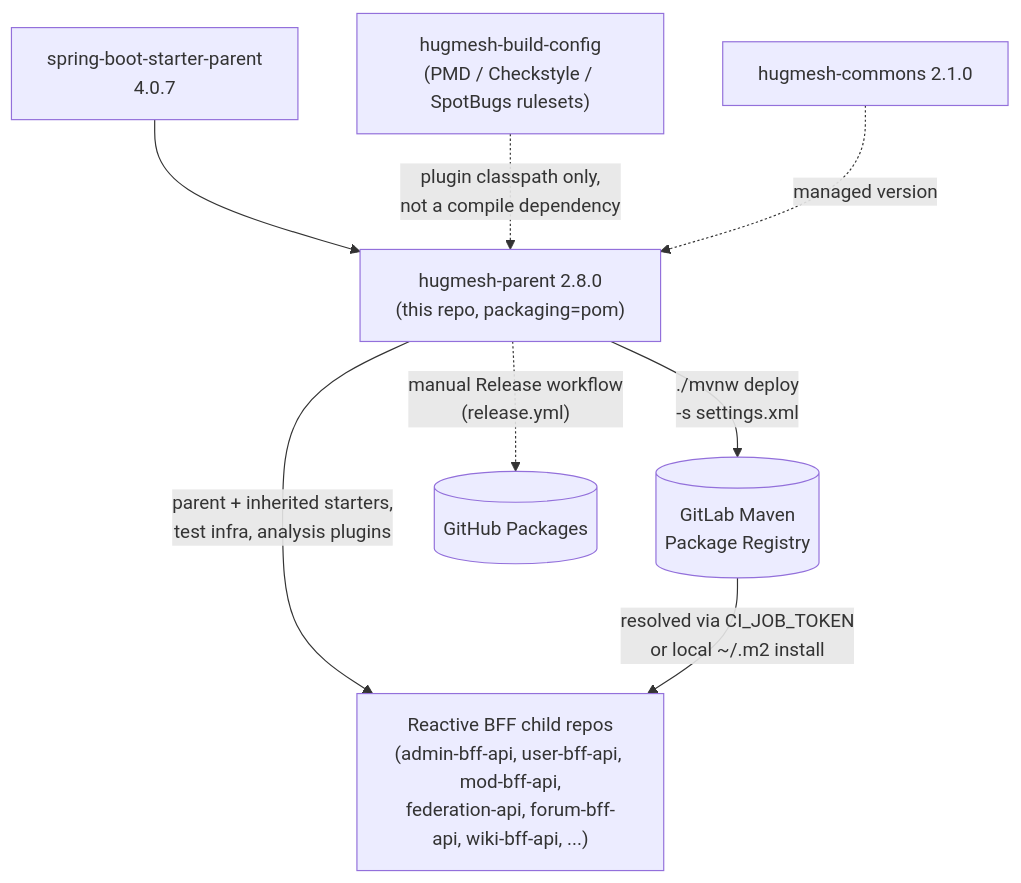
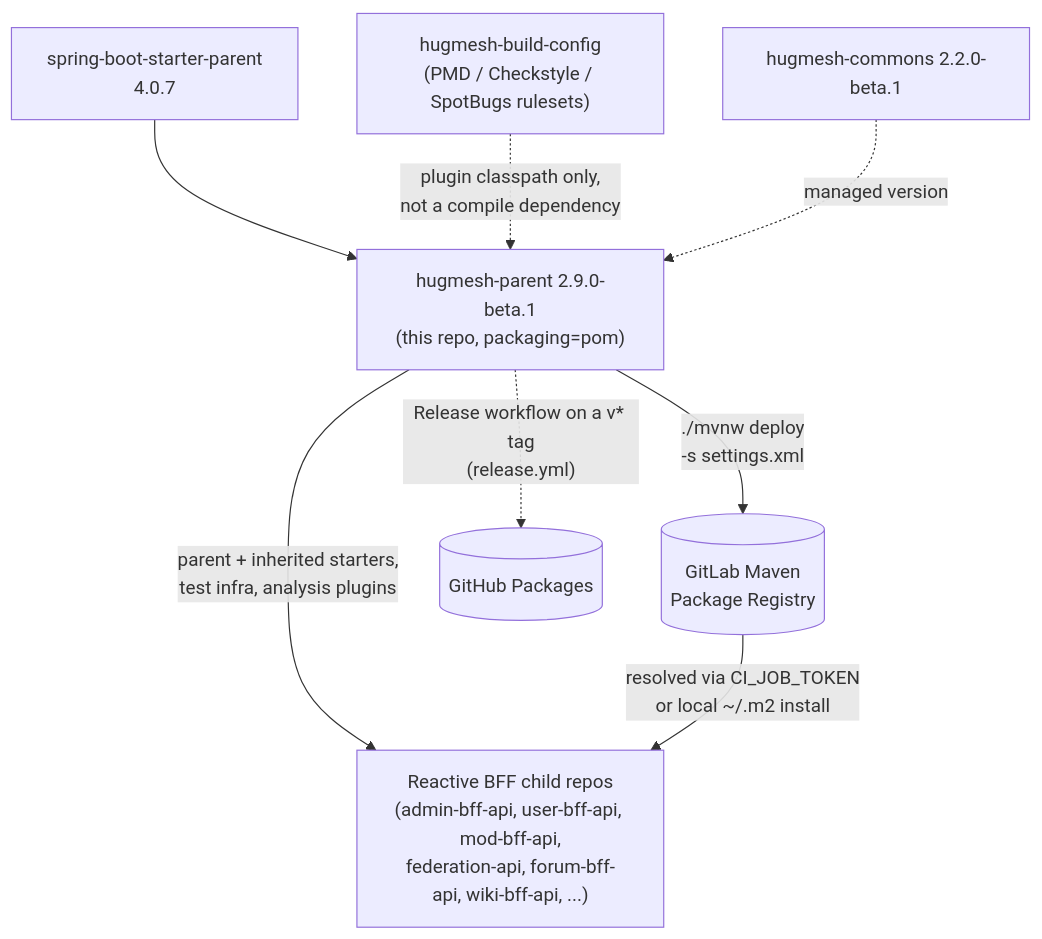
Before and after one commit to hugmesh/hugmesh-parent: the diagram in README.md, drawn with Mermaid. The commit also changed other lines of this file and 5 other files, not shown here.

First line of the commit message:
chore(release): 2.9.0-beta.1 and tag-driven publish on the publish runner

````diff
--- a/README.md
+++ b/README.md
@@ -131,13 +134,13 @@
 ```mermaid
 flowchart TD
-    SBSP["spring-boot-starter-parent<br/>4.0.7"] --> SP["hugmesh-parent 2.8.0<br/>(this repo, packaging=pom)"]
+    SBSP["spring-boot-starter-parent<br/>4.0.7"] --> SP["hugmesh-parent 2.9.0-beta.1<br/>(this repo, packaging=pom)"]
 
     SBC["hugmesh-build-config<br/>(PMD / Checkstyle / SpotBugs rulesets)"] -.->|"plugin classpath only,<br/>not a compile dependency"| SP
-    SC["hugmesh-commons 2.1.0"] -.->|"managed version"| SP
+    SC["hugmesh-commons 2.2.0-beta.1"] -.->|"managed version"| SP
 
     SP -->|"parent + inherited starters,<br/>test infra, analysis plugins"| BFF["Reactive BFF child repos<br/>(admin-bff-api, user-bff-api, mod-bff-api,<br/>federation-api, forum-bff-api, wiki-bff-api, ...)"]
 
     SP -->|"./mvnw deploy<br/>-s settings.xml"| REG[("GitLab Maven<br/>Package Registry")]
-    SP -.->|"manual Release workflow<br/>(release.yml)"| GHP[("GitHub Packages")]
+    SP -.->|"Release workflow on a v* tag<br/>(release.yml)"| GHP[("GitHub Packages")]
     REG -->|"resolved via CI_JOB_TOKEN<br/>or local ~/.m2 install"| BFF
 ```
````
